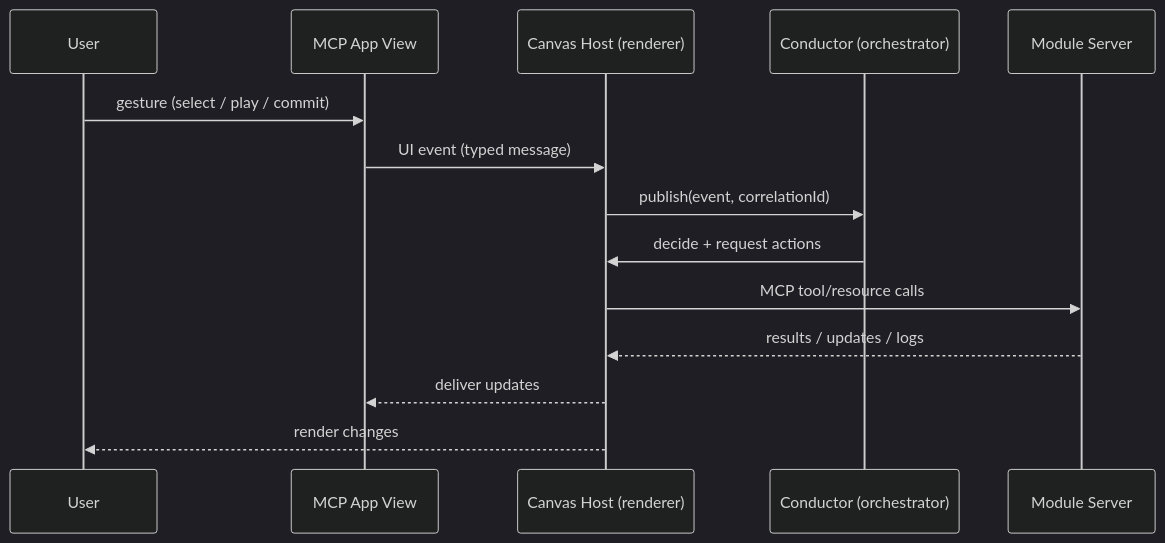
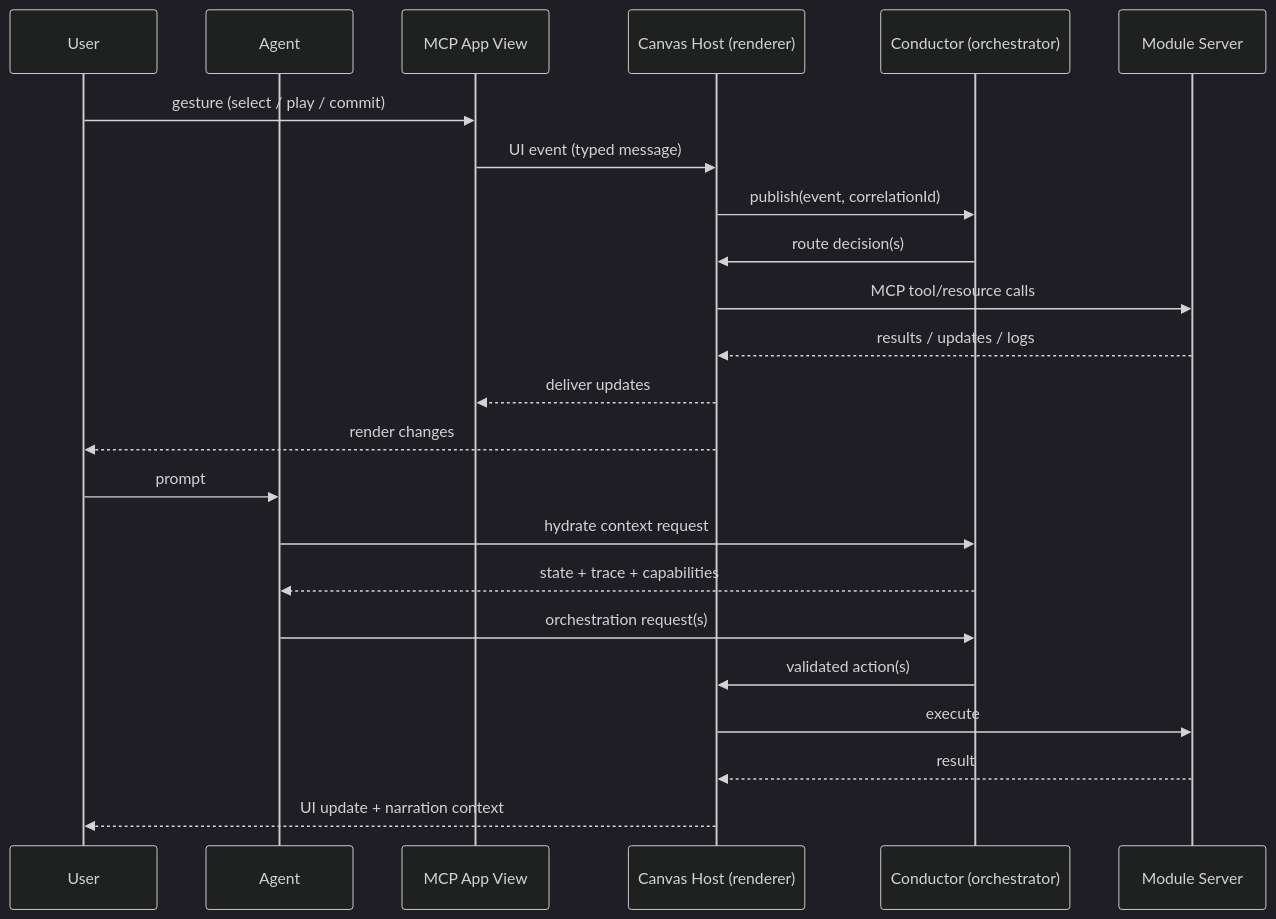
Before and after one commit to dukefromearth/mcp-app-conductor: the diagram in README.md, drawn with Mermaid (dark theme). The commit also changed other lines of this file and 3 other files, not shown here.

````diff
--- a/README.md
+++ b/README.md
@@ -118,17 +127,27 @@
 ```mermaid
 sequenceDiagram
   participant U as User
+  participant A as Agent
   participant V as MCP App View
   participant H as Canvas Host (renderer)
   participant C as Conductor (orchestrator)
   participant S as Module Server
 
   U->>V: gesture (select / play / commit)
   V->>H: UI event (typed message)
   H->>C: publish(event, correlationId)
-  C->>H: decide + request actions
+  C->>H: route decision(s)
   H->>S: MCP tool/resource calls
   S-->>H: results / updates / logs
   H-->>V: deliver updates
   H-->>U: render changes
+
+  U->>A: prompt
+  A->>C: hydrate context request
+  C-->>A: state + trace + capabilities
+  A->>C: orchestration request(s)
+  C->>H: validated action(s)
+  H->>S: execute
+  S-->>H: result
+  H-->>U: UI update + narration context
 ```
````
